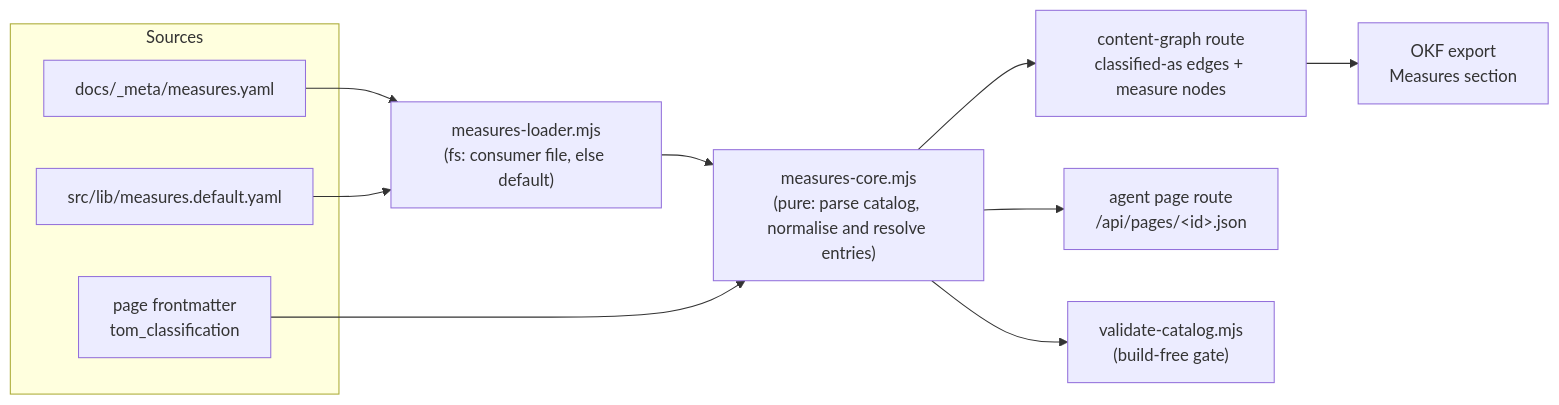
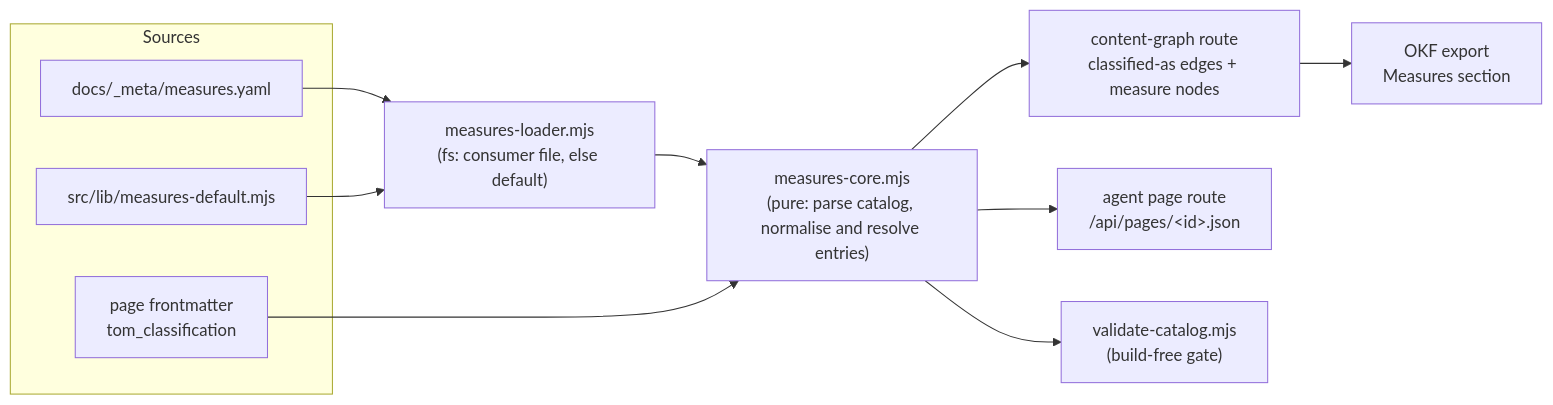
Before and after one commit to spec-kitty/doc-kitty: the diagram in kitty-specs/tom-classification-measures-catalog-01M81M7T/plan.md, drawn with Mermaid. The commit also changed other lines of this file and 6 other files, not shown here.

First line of the commit message:
docs(mission): amend plan artifacts for the shipped default data module and Measures ordering (#406)

````diff
--- a/kitty-specs/tom-classification-measures-catalog-01M81M7T/plan.md
+++ b/kitty-specs/tom-classification-measures-catalog-01M81M7T/plan.md
@@ -40,18 +40,18 @@
 ```mermaid
 flowchart LR
   subgraph Sources
     P["page frontmatter<br/>tom_classification"]
     C["docs/_meta/measures.yaml"]
-    D["src/lib/measures.default.yaml"]
+    D["src/lib/measures-default.mjs"]
   end
   L["measures-loader.mjs<br/>(fs: consumer file, else default)"]
   K["measures-core.mjs<br/>(pure: parse catalog, normalise and resolve entries)"]
   C --> L
   D --> L
   L --> K
   P --> K
   K --> G["content-graph route<br/>classified-as edges + measure nodes"]
   K --> A["agent page route<br/>/api/pages/&lt;id&gt;.json"]
   K --> V["validate-catalog.mjs<br/>(build-free gate)"]
   G --> O["OKF export<br/>Measures section"]
 ```
````
